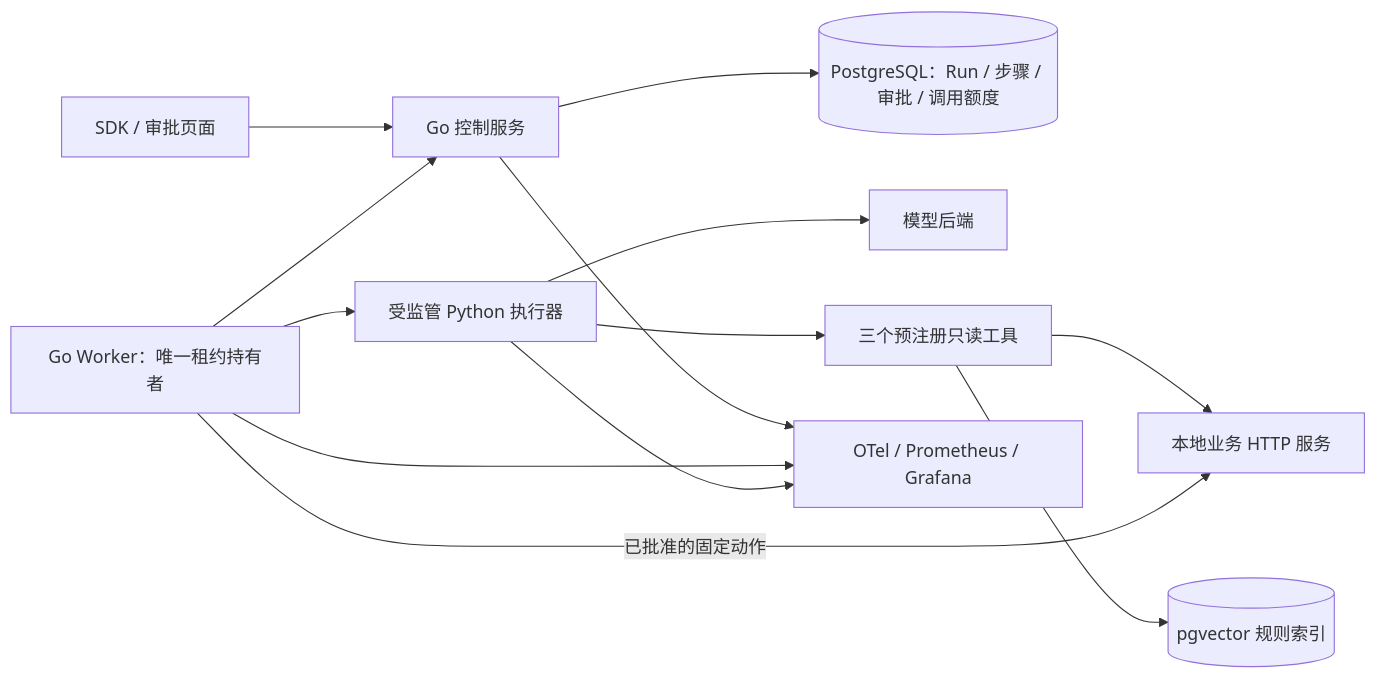
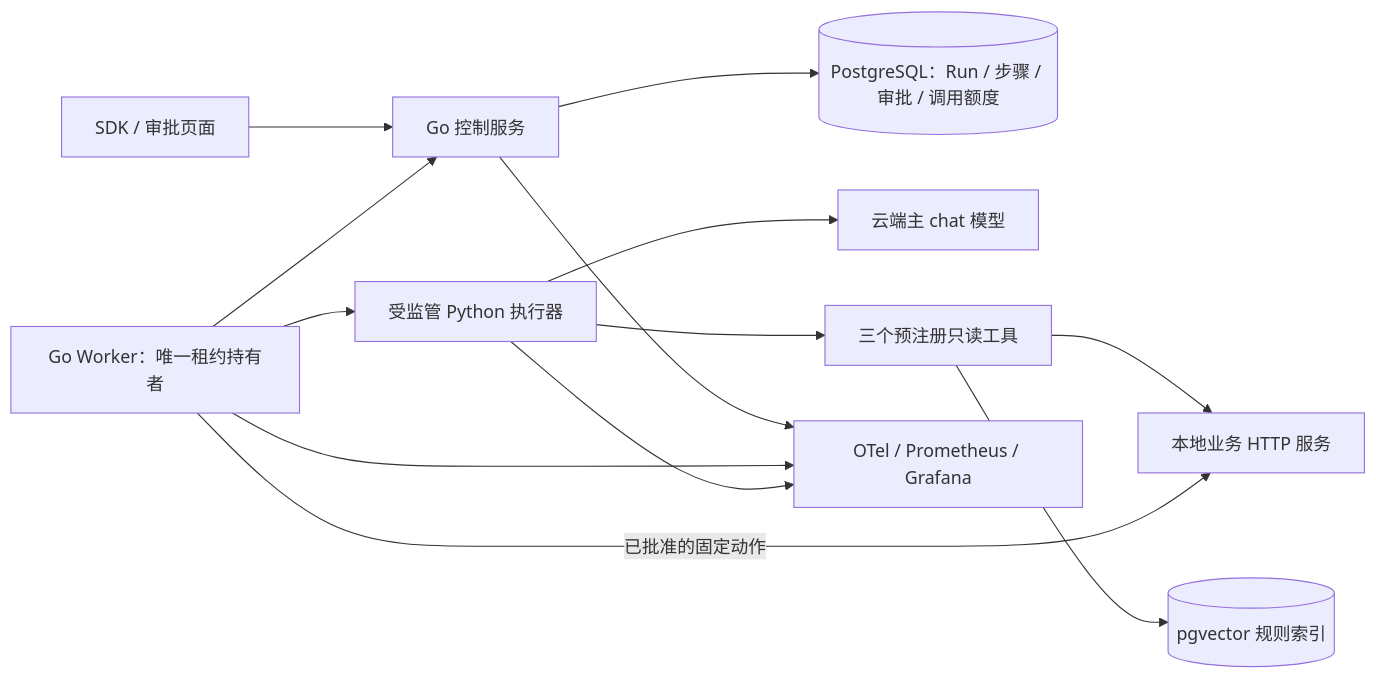
One commit to XJfyrh/JobForge changed the diagram in docs/plans/agent-execution-roadmap-v3.md. Above: the diagram before and after it, drawn with Mermaid. The commit also changed other lines of this file and 7 other files, not shown here.

````diff
--- a/docs/plans/agent-execution-roadmap-v3.md
+++ b/docs/plans/agent-execution-roadmap-v3.md
@@ -50,15 +51,15 @@
 ```mermaid
 flowchart LR
     U[SDK / 审批页面] --> C[Go 控制服务]
     C --> P[(PostgreSQL：Run / 步骤 / 审批 / 调用额度)]
     W[Go Worker：唯一租约持有者] --> C
     W --> X[受监管 Python 执行器]
-    X --> M[模型后端]
+    X --> M[云端主 chat 模型]
     X --> R[三个预注册只读工具]
     R --> B[本地业务 HTTP 服务]
     R --> V[(pgvector 规则索引)]
     W -->|已批准的固定动作| B
     C --> O[OTel / Prometheus / Grafana]
     W --> O
     X --> O
 ```
````
